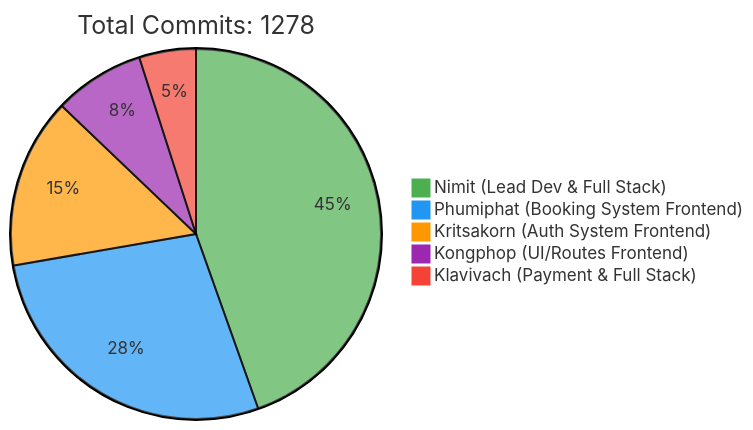
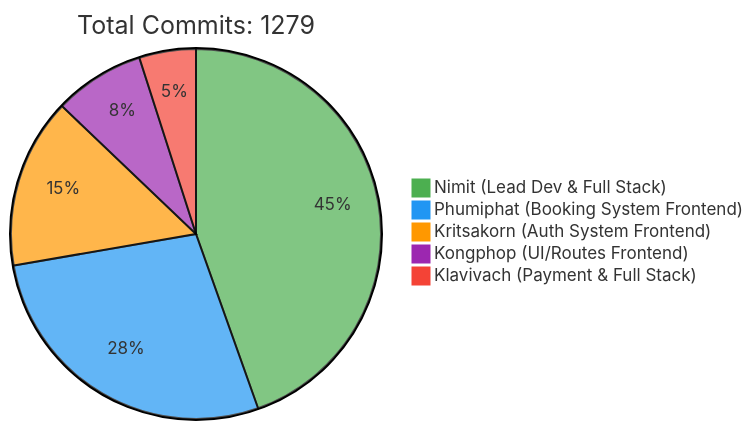
One commit to 6531503042/Sport-Complex changed the first of 2 diagrams in README.md. Above: the diagram before and after it, drawn with Mermaid. The commit also changed other lines of this file, not shown here.

Commit message:
docs: Update contributor statistics [skip ci]

````diff
--- a/README.md
+++ b/README.md
@@ -257,10 +257,10 @@
 ```mermaid
 %%{init: {'theme': 'base', 'themeVariables': { 'pie1': '#4CAF50', 'pie2': '#2196F3', 'pie3': '#FF9800', 'pie4': '#9C27B0', 'pie5': '#F44336'}}}%%
 pie
-    title Total Commits: 1278
+    title Total Commits: 1279
     "Nimit (Lead Dev & Full Stack)" : 450
     "Phumiphat (Booking System Frontend)" : 280
     "Kritsakorn (Auth System Frontend)" : 150
     "Kongphop (UI/Routes Frontend)" : 80
     "Klavivach (Payment & Full Stack)" : 50
 ```
````
